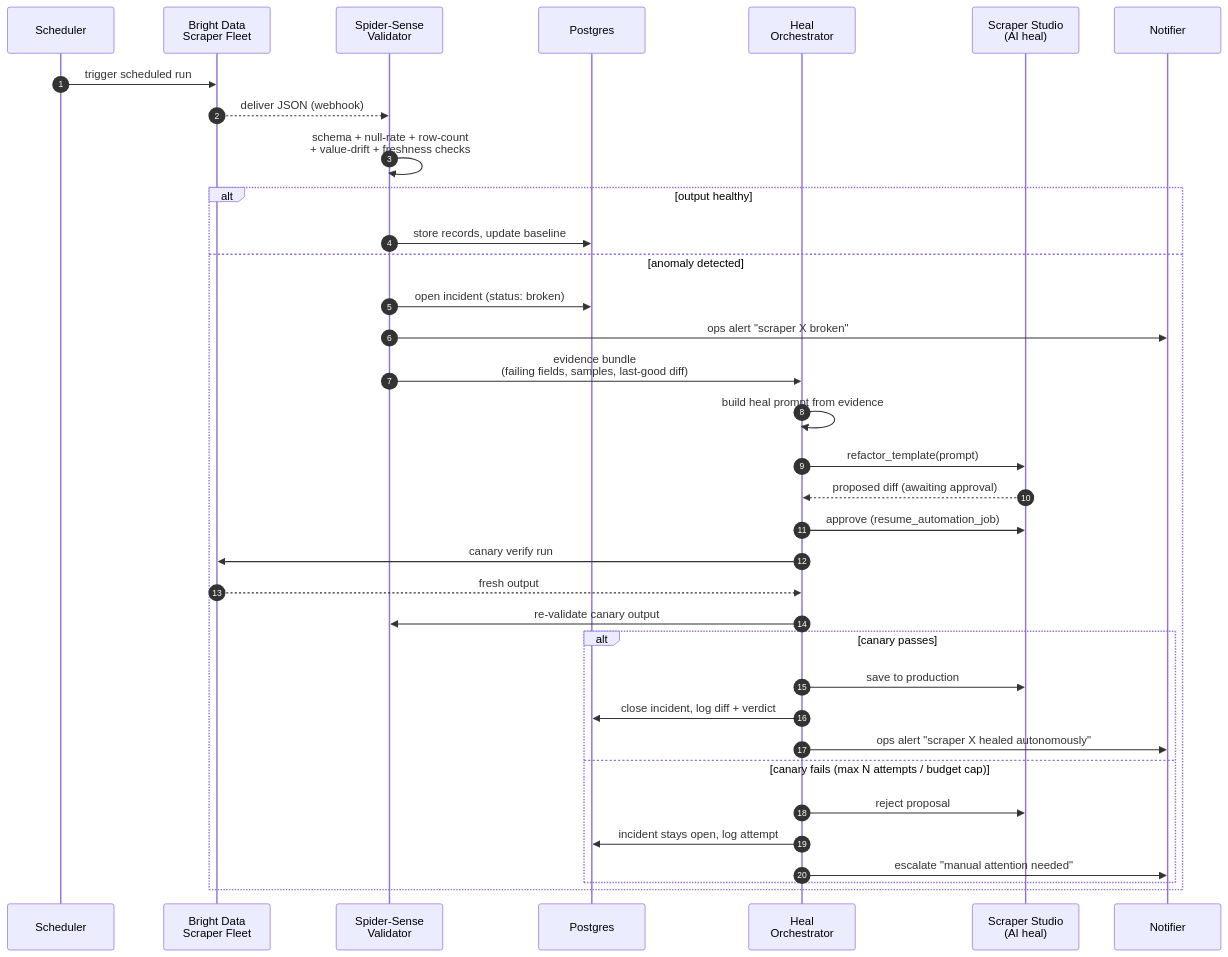
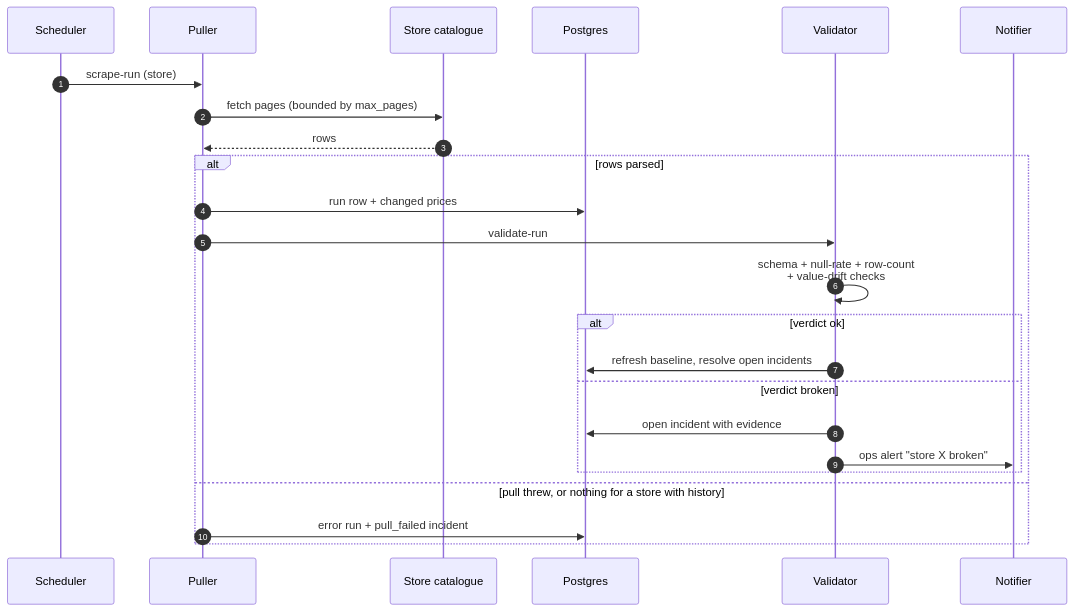
One commit to spencerjireh/basketwatch changed the third of 5 diagrams in docs/architecture.md. Above: the diagram before and after it, drawn with Mermaid. The commit also changed other lines of this file and 10 other files, not shown here.

````diff
--- a/docs/architecture.md
+++ b/docs/architecture.md
@@ -171,38 +142,27 @@
 ```mermaid
 sequenceDiagram
     autonumber
     participant Cron as Scheduler
-    participant BD as Bright Data<br/>Scraper Fleet
-    participant Sense as Spider-Sense<br/>Validator
+    participant Pull as Puller
+    participant Store as Store catalogue
     participant DB as Postgres
-    participant Heal as Heal<br/>Orchestrator
-    participant Studio as Scraper Studio<br/>(AI heal)
+    participant Sense as Validator
     participant Notif as Notifier
 
-    Cron->>BD: trigger scheduled run
-    BD-->>Sense: deliver JSON (webhook)
-    Sense->>Sense: schema + null-rate + row-count<br/>+ value-drift + freshness checks
-    alt output healthy
-        Sense->>DB: store records, update baseline
-    else anomaly detected
-        Sense->>DB: open incident (status: broken)
-        Sense->>Notif: ops alert "scraper X broken"
-        Sense->>Heal: evidence bundle<br/>(failing fields, samples, last-good diff)
-        Heal->>Heal: build heal prompt from evidence
-        Heal->>Studio: refactor_template(prompt)
-        Studio-->>Heal: proposed diff (awaiting approval)
-        Heal->>Studio: approve (resume_automation_job)
-        Heal->>BD: canary verify run
-        BD-->>Heal: fresh output
-        Heal->>Sense: re-validate canary output
-        alt canary passes
-            Heal->>Studio: save to production
-            Heal->>DB: close incident, log diff + verdict
-            Heal->>Notif: ops alert "scraper X healed autonomously"
-        else canary fails (max N attempts / budget cap)
-            Heal->>Studio: reject proposal
-            Heal->>DB: incident stays open, log attempt
-            Heal->>Notif: escalate "manual attention needed"
+    Cron->>Pull: scrape-run (store)
+    Pull->>Store: fetch pages (bounded by max_pages)
+    Store-->>Pull: rows
+    alt rows parsed
+        Pull->>DB: run row + changed prices
+        Pull->>Sense: validate-run
+        Sense->>Sense: schema + null-rate + row-count<br/>+ value-drift checks
+        alt verdict ok
+            Sense->>DB: refresh baseline, resolve open incidents
+        else verdict broken
+            Sense->>DB: open incident with evidence
+            Sense->>Notif: ops alert "store X broken"
         end
+    else pull threw, or nothing for a store with history
+        Pull->>DB: error run + pull_failed incident
     end
 ```
````
